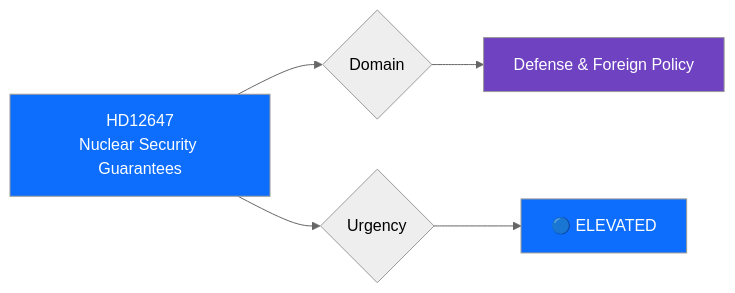
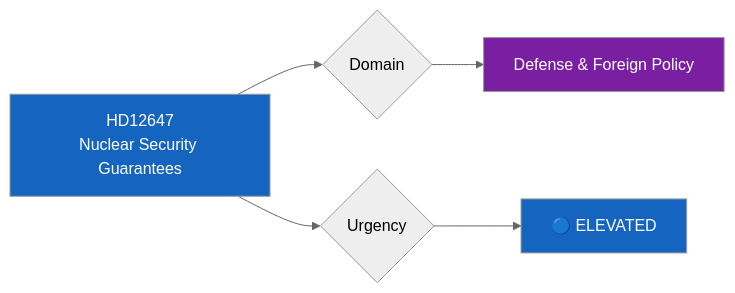
The diagram in analysis/daily/2026-04-01/documents/HD12647-analysis.md (Hack23/riksdagsmonitor), drawn with Mermaid (neutral theme) before and after one commit. The commit also changed 785 other files, not shown here.

First line of the commit message:
Normalize mermaid colors across 786 analysis artifacts to ISMS Style Guide palette

````diff
--- a/analysis/daily/2026-04-01/documents/HD12647-analysis.md
+++ b/analysis/daily/2026-04-01/documents/HD12647-analysis.md
@@ -26,11 +26,11 @@
 ```mermaid
 graph LR
     A["HD12647<br/>Nuclear Security Guarantees"] --> B{Domain}
     B --> C["Defense & Foreign Policy"]
     A --> D{Urgency}
     D --> E["🔵 ELEVATED"]
     
-    style A fill:#0d6efd,color:#fff
-    style C fill:#6f42c1,color:#fff
-    style E fill:#0d6efd,color:#fff
+    style A fill:#1565C0,color:#FFFFFF
+    style C fill:#7B1FA2,color:#FFFFFF
+    style E fill:#1565C0,color:#FFFFFF
 ```
````
